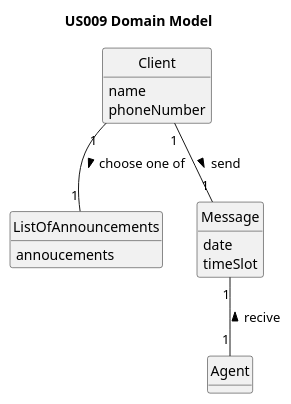
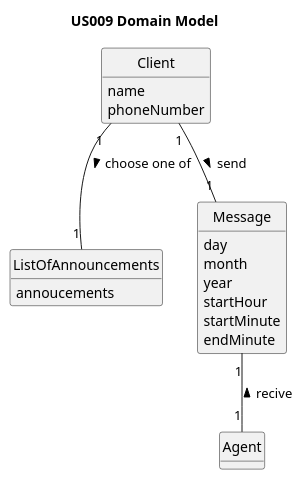
Before and after one commit to 1220812/LAPR2: the diagram in docs/sprintD/us009/02.analysis/puml/us009-domain-model.puml, drawn with PlantUML. The commit also changed 5 other files, not shown here.

```diff
--- a/docs/sprintD/us009/02.analysis/puml/us009-domain-model.puml
+++ b/docs/sprintD/us009/02.analysis/puml/us009-domain-model.puml
@@ -1,40 +1,44 @@
 @startuml
 skinparam monochrome true
 skinparam packageStyle rectangle
 skinparam shadowing false
 
 'left to right direction
 
 hide circle
 hide methods
 
 title US009 Domain Model
 
 class Client{
 name
 phoneNumber
 }
 
 class ListOfAnnouncements{
 annoucements
 }
 
 
 class Agent{
 }
 
 class Message{
-date
-timeSlot
+day
+month
+year
+startHour
+startMinute
+endMinute
 }
 
 
 Client "1" -- "1" ListOfAnnouncements : choose one of >
 Client "1" -- "1" Message : send >
 Message "1" -- "1" Agent : recive <
 
 
 
 
 
 @enduml
```
